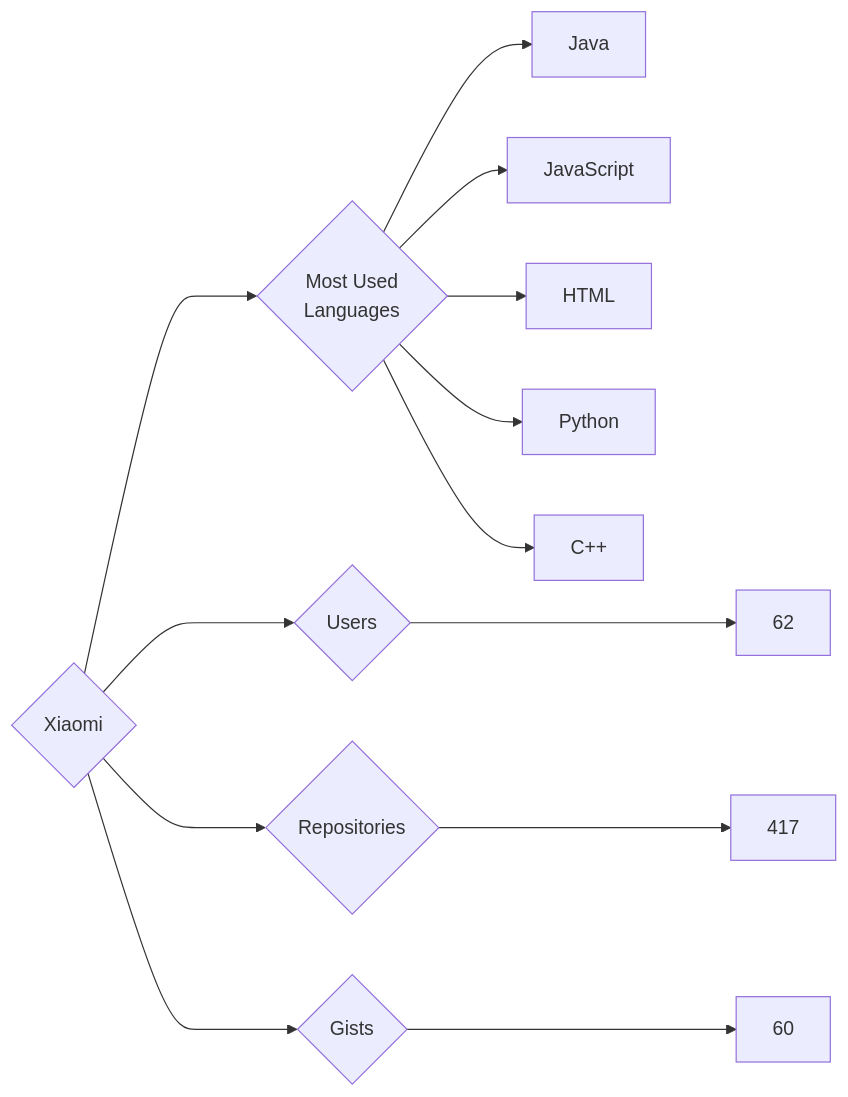
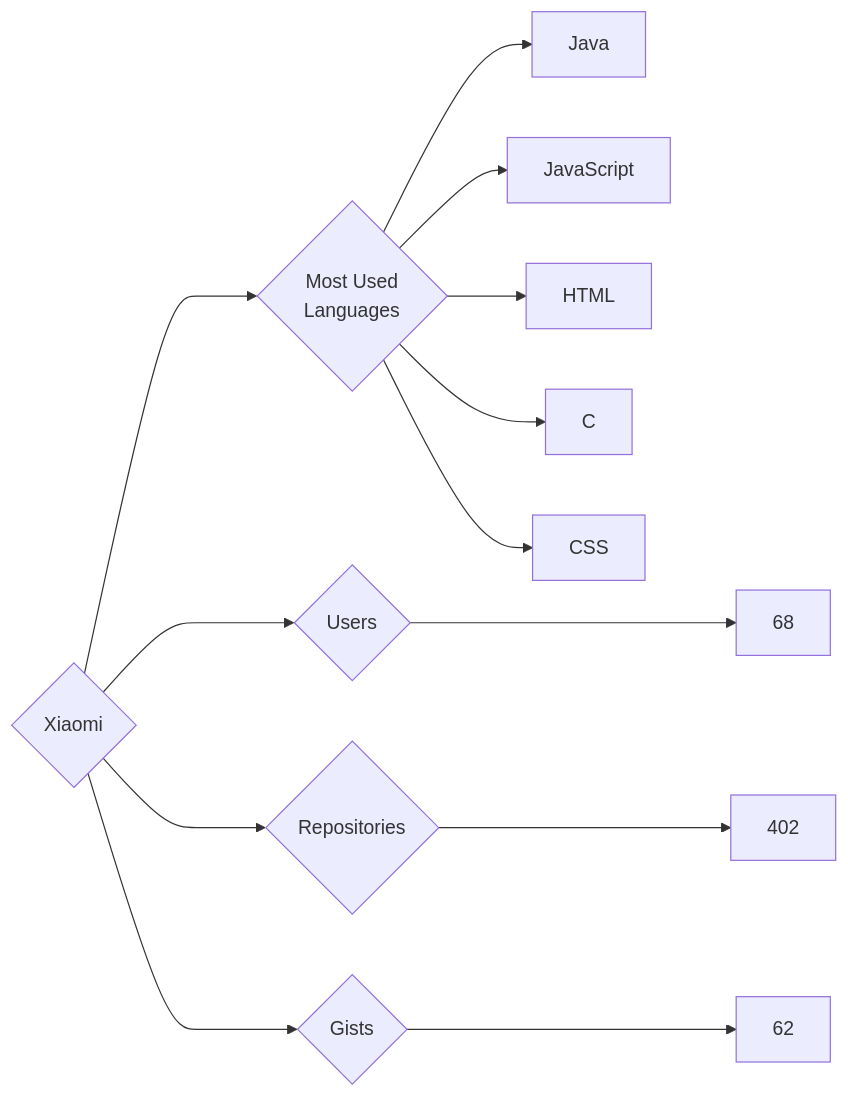
The diagram in targets/Xiaomi/README.md (trickest/insiders), drawn with Mermaid before and after one commit. The commit also changed 715 other files, not shown here.

````diff
--- a/targets/Xiaomi/README.md
+++ b/targets/Xiaomi/README.md
@@ -3,13 +3,13 @@
 ```mermaid
 graph LR
 COMPANY_NAME{Xiaomi}
-COMPANY_NAME ---> U{Users} ---> UN[62]
-COMPANY_NAME ---> R{Repositories} ---> RN[417]
-COMPANY_NAME ---> G{Gists} ---> GN[60]
+COMPANY_NAME ---> U{Users} ---> UN[68]
+COMPANY_NAME ---> R{Repositories} ---> RN[402]
+COMPANY_NAME ---> G{Gists} ---> GN[62]
 COMPANY_NAME ---> ML{Most Used<br>Languages}
 ML --> Java[Java]
 ML --> JavaScript[JavaScript]
 ML --> HTML[HTML]
-ML --> Python[Python]
-ML --> C++[C++]
+ML --> C[C]
+ML --> CSS[CSS]
 ```
````
